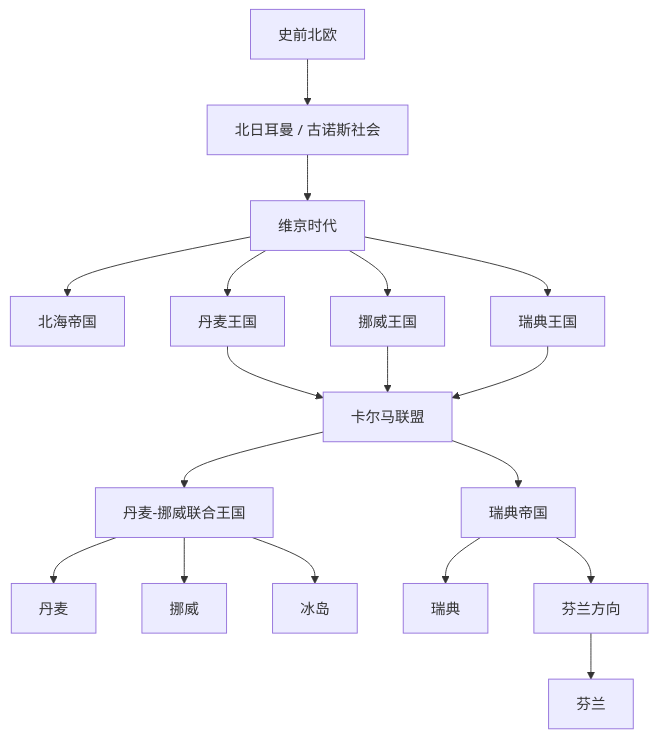
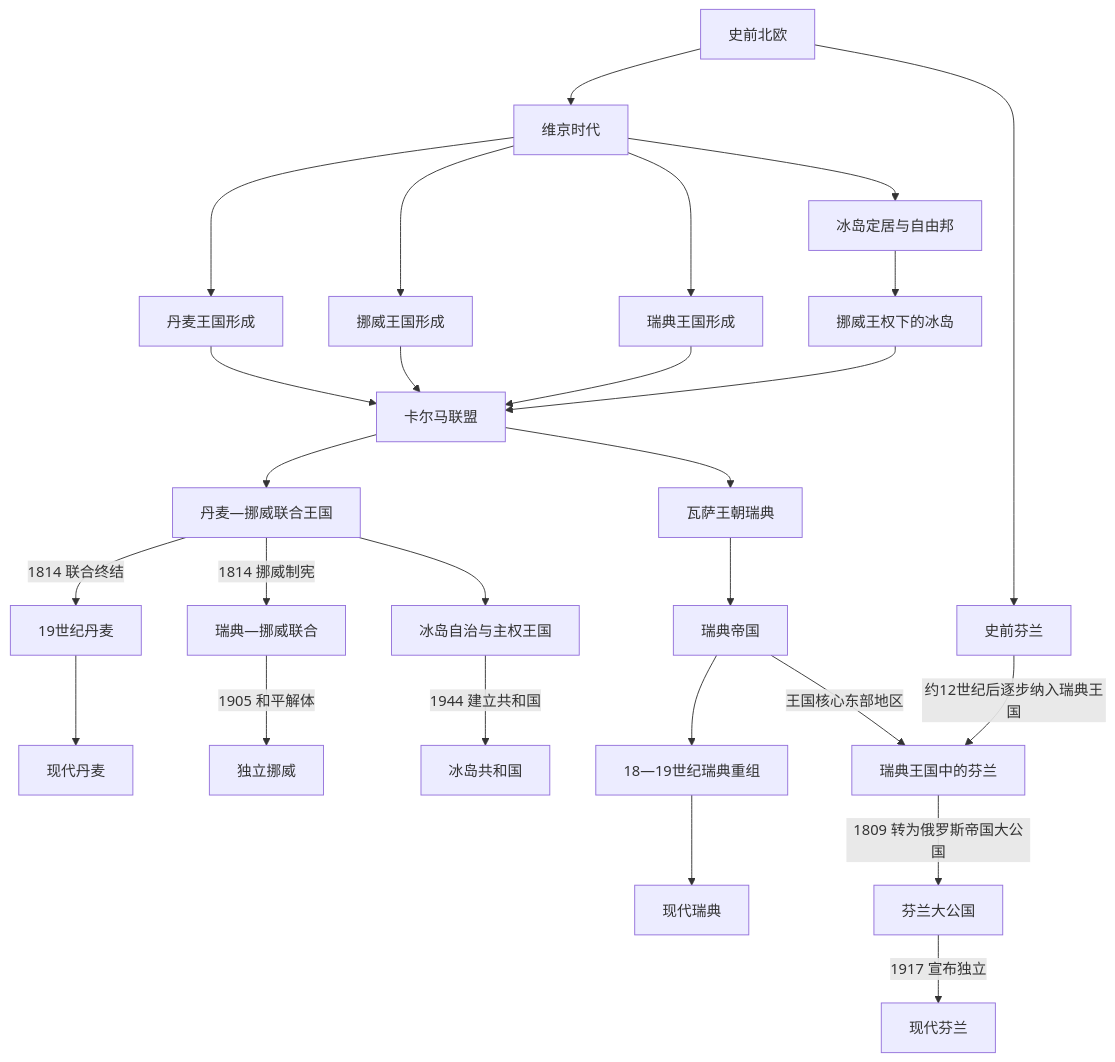
One commit to tianlan-dev/learning-notes changed the diagram in 人文科学/历史/欧洲/北欧/README.md. Above: the diagram before and after it, drawn with Mermaid. The commit also changed other lines of this file and 180 other files, not shown here.

````diff
--- a/人文科学/历史/欧洲/北欧/README.md
+++ b/人文科学/历史/欧洲/北欧/README.md
@@ -13,20 +13,33 @@
 ```mermaid
 flowchart TD
-    Pre["史前北欧"] --> Norse["北日耳曼 / 古诺斯社会"]
-    Norse --> Viking["维京时代"]
-    Viking --> NorthSea["北海帝国"]
-    Viking --> Denmark["丹麦王国"]
-    Viking --> Norway["挪威王国"]
-    Viking --> Sweden["瑞典王国"]
-    Denmark --> Kalmar["卡尔马联盟"]
-    Norway --> Kalmar
-    Sweden --> Kalmar
-    Kalmar --> DenmarkNorway["丹麦-挪威联合王国"]
-    Kalmar --> SwedenEmpire["瑞典帝国"]
-    DenmarkNorway --> DenmarkModern["丹麦"]
-    DenmarkNorway --> NorwayModern["挪威"]
-    DenmarkNorway --> Iceland["冰岛"]
-    SwedenEmpire --> SwedenModern["瑞典"]
-    SwedenEmpire --> FinlandLine["芬兰方向"]
-    FinlandLine --> FinlandModern["芬兰"]
+    Pre["史前北欧"] --> Viking["维京时代"]
+    Viking --> DenmarkKingdom["丹麦王国形成"]
+    Viking --> NorwayKingdom["挪威王国形成"]
+    Viking --> SwedenKingdom["瑞典王国形成"]
+    Viking --> IcelandSettlement["冰岛定居与自由邦"]
+
+    DenmarkKingdom --> Kalmar["卡尔马联盟"]
+    NorwayKingdom --> Kalmar
+    SwedenKingdom --> Kalmar
+    IcelandSettlement --> NorwayRule["挪威王权下的冰岛"]
+    NorwayRule --> Kalmar
+
+    Kalmar --> DenmarkNorway["丹麦—挪威联合王国"]
+    Kalmar --> SwedenVasa["瓦萨王朝瑞典"]
+    SwedenVasa --> SwedenEmpire["瑞典帝国"]
+
+    DenmarkNorway -->|1814 联合终结| Denmark19["19世纪丹麦"]
+    DenmarkNorway -->|1814 挪威制宪| NorwayUnion["瑞典—挪威联合"]
+    DenmarkNorway --> IcelandAutonomy["冰岛自治与主权王国"]
+    NorwayUnion -->|1905 和平解体| NorwayModern["独立挪威"]
+    IcelandAutonomy -->|1944 建立共和国| IcelandModern["冰岛共和国"]
+    Denmark19 --> DenmarkModern["现代丹麦"]
+
+    SwedenEmpire --> SwedenReorder["18—19世纪瑞典重组"]
+    SwedenReorder --> SwedenModern["现代瑞典"]
+    Pre --> FinlandPre["史前芬兰"]
+    FinlandPre -->|约12世纪后逐步纳入瑞典王国| SwedenFinland["瑞典王国中的芬兰"]
+    SwedenEmpire -->|王国核心东部地区| SwedenFinland
+    SwedenFinland -->|1809 转为俄罗斯帝国大公国| FinlandDuchy["芬兰大公国"]
+    FinlandDuchy -->|1917 宣布独立| FinlandModern["现代芬兰"]
 ```
````
